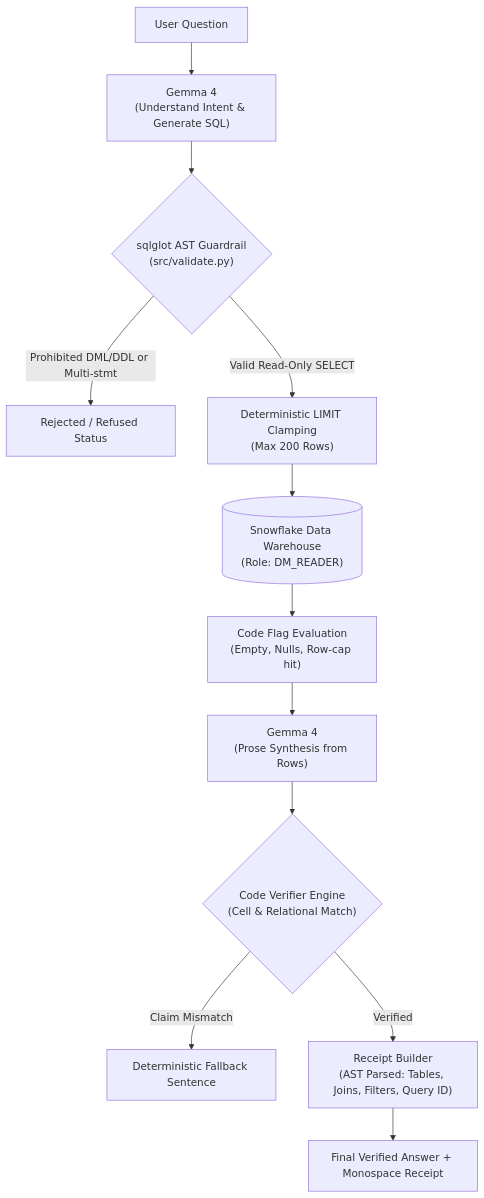
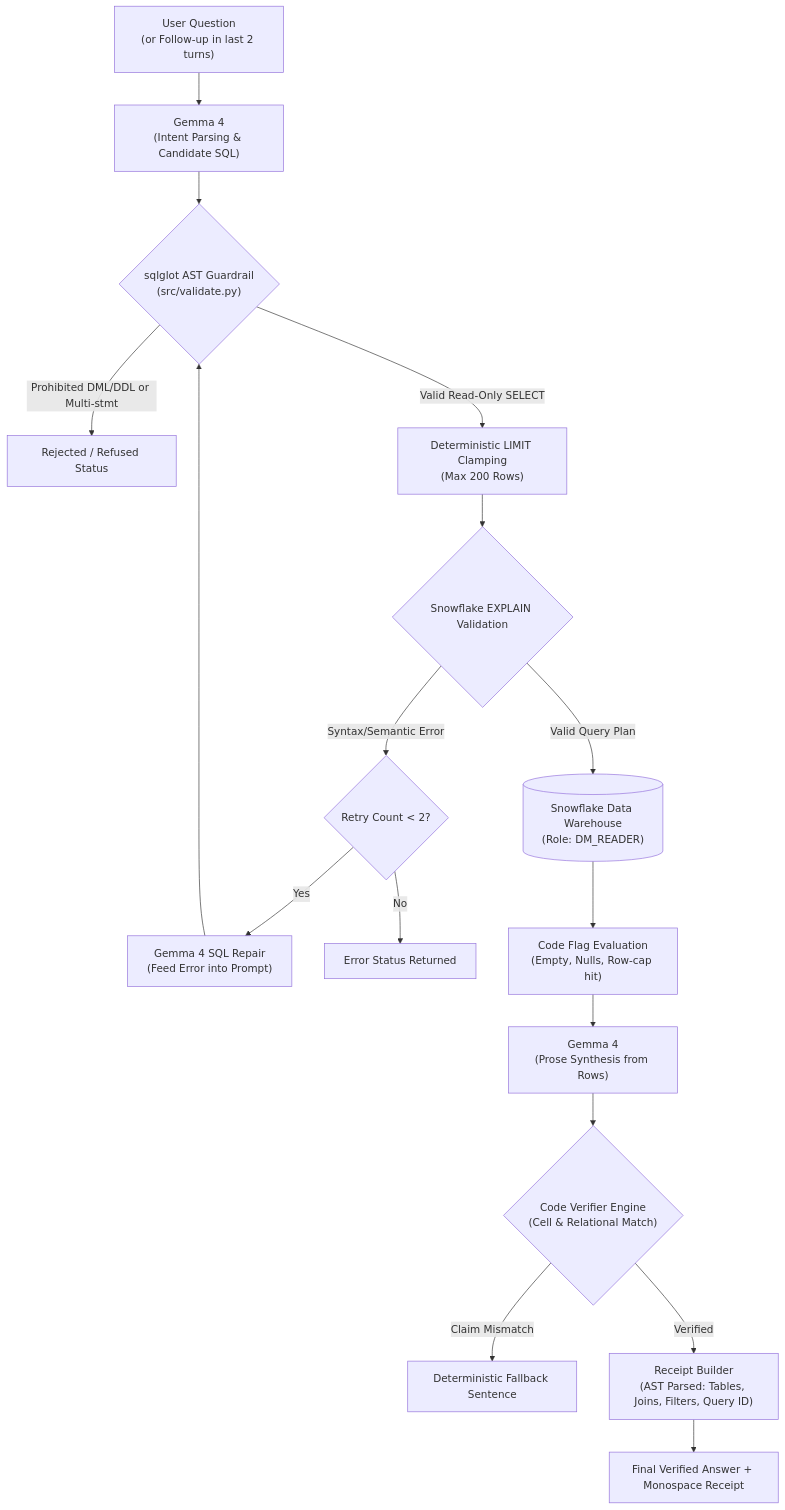
Before and after one commit to ZERODAY-2026/Code-Blooded: the first of 2 diagrams in README.md, drawn with Mermaid. The commit also changed other lines of this file and 4 other files, not shown here.

````diff
--- a/README.md
+++ b/README.md
@@ -60,14 +56,19 @@
 ```mermaid
 flowchart TD
-    User["User Question"] --> GemmaSQL["Gemma 4<br/>(Understand Intent & Generate SQL)"]
+    User["User Question<br/>(or Follow-up in last 2 turns)"] --> GemmaSQL["Gemma 4<br/>(Intent Parsing & Candidate SQL)"]
     GemmaSQL --> ASTGuard{"sqlglot AST Guardrail<br/>(src/validate.py)"}
     ASTGuard -- "Prohibited DML/DDL or Multi-stmt" --> Rejected["Rejected / Refused Status"]
     ASTGuard -- "Valid Read-Only SELECT" --> LimitClamp["Deterministic LIMIT Clamping<br/>(Max 200 Rows)"]
-    LimitClamp --> Snowflake[("Snowflake Data Warehouse<br/>(Role: DM_READER)")]
+    LimitClamp --> ExplainCheck{"Snowflake EXPLAIN Validation"}
+    ExplainCheck -- "Syntax/Semantic Error" --> RetryCheck{"Retry Count < 2?"}
+    RetryCheck -- "Yes" --> GemmaRepair["Gemma 4 SQL Repair<br/>(Feed Error into Prompt)"]
+    GemmaRepair --> ASTGuard
+    RetryCheck -- "No" --> ErrorStatus["Error Status Returned"]
+    ExplainCheck -- "Valid Query Plan" --> Snowflake[("Snowflake Data Warehouse<br/>(Role: DM_READER)")]
     Snowflake --> RowFlags["Code Flag Evaluation<br/>(Empty, Nulls, Row-cap hit)"]
     RowFlags --> GemmaProse["Gemma 4<br/>(Prose Synthesis from Rows)"]
     GemmaProse --> Verifier{"Code Verifier Engine<br/>(Cell & Relational Match)"}
     Verifier -- "Claim Mismatch" --> CodeFallback["Deterministic Fallback Sentence"]
     Verifier -- "Verified" --> Receipt["Receipt Builder<br/>(AST Parsed: Tables, Joins, Filters, Query ID)"]
     Receipt --> FinalOutput["Final Verified Answer + Monospace Receipt"]
 ```
````
